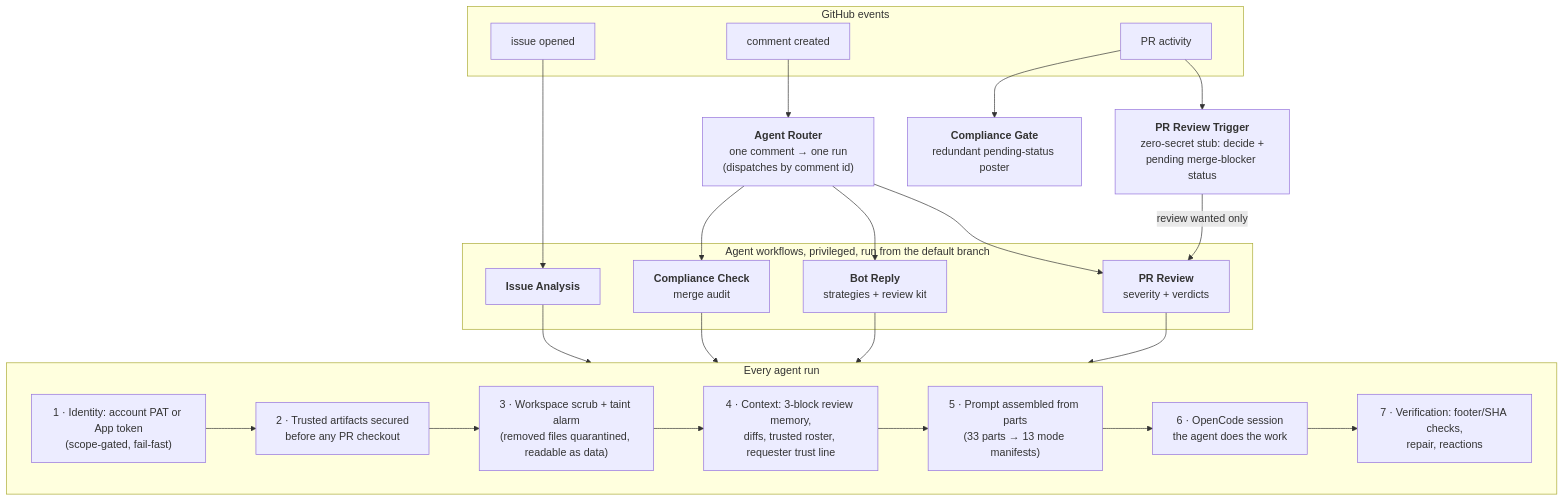
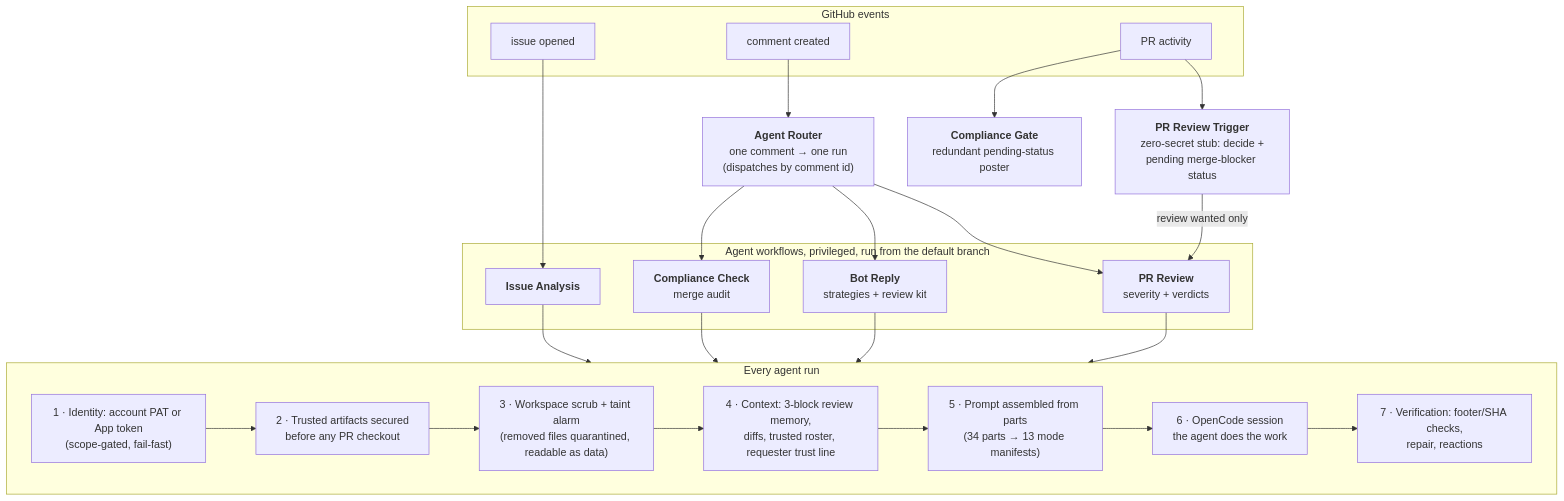
The diagram in README.md (Mirrowel/Mirrobot-agent), drawn with Mermaid before and after one commit. The commit also changed other lines of this file and 21 other files, not shown here.

````diff
--- a/README.md
+++ b/README.md
@@ -70,36 +70,36 @@
 ```mermaid
 flowchart TB
     subgraph events["GitHub events"]
         C[comment created]
         I[issue opened]
         P[PR activity]
     end
 
     C --> ROUTER["<b>Agent Router</b><br/>one comment → one run<br/>(dispatches by comment id)"]
     I --> ISSUE["<b>Issue Analysis</b>"]
     P --> STUB["<b>PR Review Trigger</b><br/>zero-secret stub: decide +<br/>pending merge-blocker status"]
     P --> GATE["<b>Compliance Gate</b><br/>redundant pending-status poster"]
     STUB -->|review wanted only| REVIEW
 
     subgraph agent["Agent workflows, privileged, run from the default branch"]
         REVIEW["<b>PR Review</b><br/>severity + verdicts"]
         BOT["<b>Bot Reply</b><br/>strategies + review kit"]
         COMPL["<b>Compliance Check</b><br/>merge audit"]
         ISSUE
     end
 
     ROUTER --> BOT & REVIEW & COMPL
 
     subgraph engine["Every agent run"]
         S1["1 · Identity: account PAT or App token<br/>(scope-gated, fail-fast)"]
         S2["2 · Trusted artifacts secured<br/>before any PR checkout"]
         S3["3 · Workspace scrub + taint alarm<br/>(removed files quarantined, readable as data)"]
         S4["4 · Context: 3-block review memory,<br/>diffs, trusted roster, requester trust line"]
-        S5["5 · Prompt assembled from parts<br/>(33 parts → 13 mode manifests)"]
+        S5["5 · Prompt assembled from parts<br/>(34 parts → 13 mode manifests)"]
         S6["6 · OpenCode session<br/>the agent does the work"]
         S7["7 · Verification: footer/SHA checks,<br/>repair, reactions"]
         S1 --> S2 --> S3 --> S4 --> S5 --> S6 --> S7
     end
 
     REVIEW & BOT & COMPL & ISSUE --> engine
 ```
````
